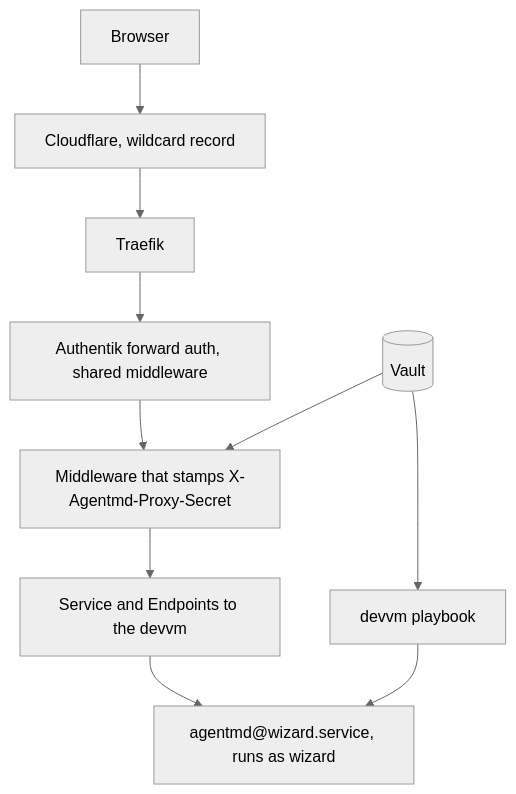
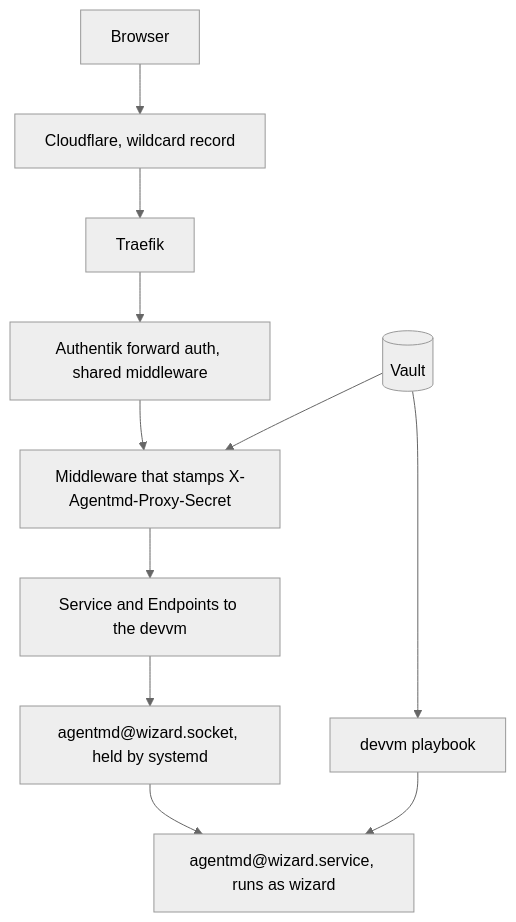
One commit to ViktorBarzin/agentmd changed the fourth of 4 diagrams in docs/plans/2026-09-26-agentmd-v1.md. Above: the diagram before and after it, drawn with Mermaid (neutral theme). The commit also changed other lines of this file and 12 other files, not shown here.

````diff
--- a/docs/plans/2026-09-26-agentmd-v1.md
+++ b/docs/plans/2026-09-26-agentmd-v1.md
@@ -323,11 +390,12 @@
 ```mermaid
 flowchart TD
   B[Browser] --> CF[Cloudflare, wildcard record]
   CF --> T[Traefik]
   T --> AK[Authentik forward auth, shared middleware]
   AK --> H[Middleware that stamps X-Agentmd-Proxy-Secret]
   H --> SVC[Service and Endpoints to the devvm]
-  SVC --> A["agentmd@wizard.service, runs as wizard"]
+  SVC --> SO["agentmd@wizard.socket, held by systemd"]
+  SO --> A["agentmd@wizard.service, runs as wizard"]
   V[(Vault)] --> H
   V --> PB[devvm playbook] --> A
 ```
````
